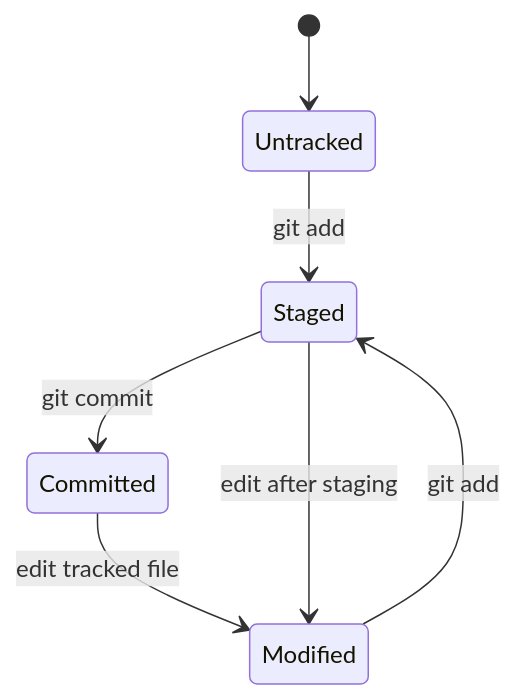
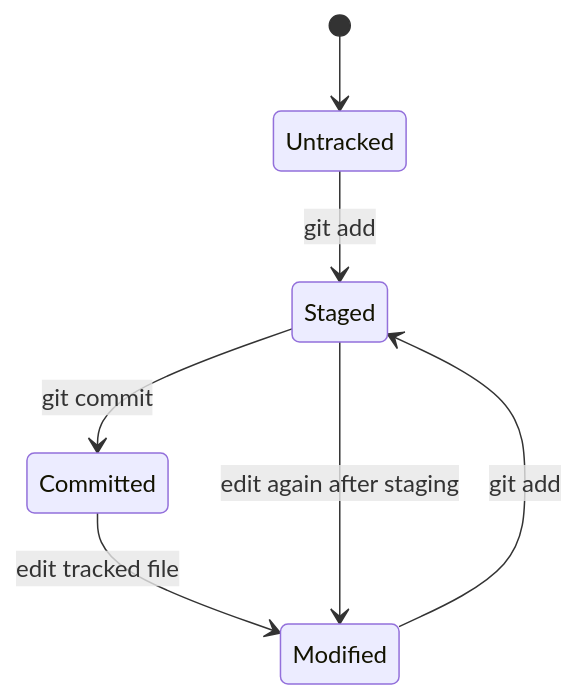
The second of 2 diagrams in DAY_WISE/day-01-foundations.md (amit-kr-ghosh/Git_Course), drawn with Mermaid before and after one commit. The commit also changed other lines of this file, not shown here.

````diff
--- a/DAY_WISE/day-01-foundations.md
+++ b/DAY_WISE/day-01-foundations.md
@@ -72,9 +71,9 @@
 ```mermaid
 stateDiagram-v2
     [*] --> Untracked
     Untracked --> Staged: git add
     Staged --> Committed: git commit
     Committed --> Modified: edit tracked file
     Modified --> Staged: git add
-    Staged --> Modified: edit after staging
+    Staged --> Modified: edit again after staging
 ```
````
